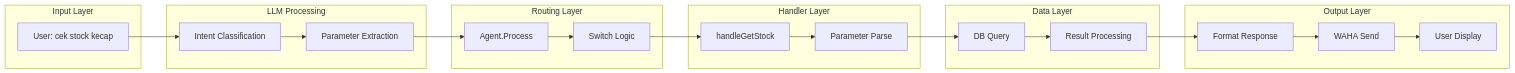
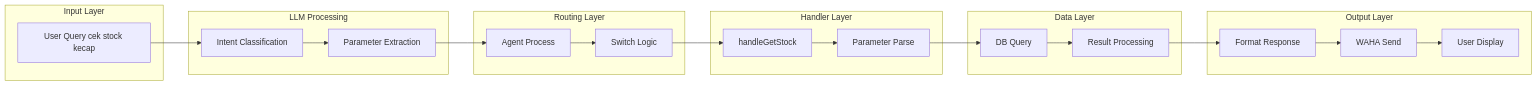
One commit to skyapps-id/smart-ledger-agent changed the fourth of 5 diagrams in README.md. Above: the diagram before and after it, drawn with Mermaid. The commit also changed other lines of this file, not shown here.

First line of the commit message:
fix: remove special characters from mermaid node labels

````diff
--- a/README.md
+++ b/README.md
@@ -120,44 +120,44 @@
 ```mermaid
 flowchart LR
     subgraph Input["Input Layer"]
-        A1[User: cek stock kecap]
+        A1[User Query cek stock kecap]
     end
     
     subgraph LLM["LLM Processing"]
         B1[Intent Classification]
         B2[Parameter Extraction]
     end
     
     subgraph Routing["Routing Layer"]
-        C1[Agent.Process]
+        C1[Agent Process]
         C2[Switch Logic]
     end
     
     subgraph Handler["Handler Layer"]
         D1[handleGetStock]
         D2[Parameter Parse]
     end
     
     subgraph Data["Data Layer"]
         E1[DB Query]
         E2[Result Processing]
     end
     
     subgraph Output["Output Layer"]
         F1[Format Response]
         F2[WAHA Send]
         F3[User Display]
     end
     
     A1 --> B1
     B1 --> B2
     B2 --> C1
     C1 --> C2
     C2 --> D1
     D1 --> D2
     D2 --> E1
     E1 --> E2
     E2 --> F1
     F1 --> F2
     F2 --> F3
 ```
````
